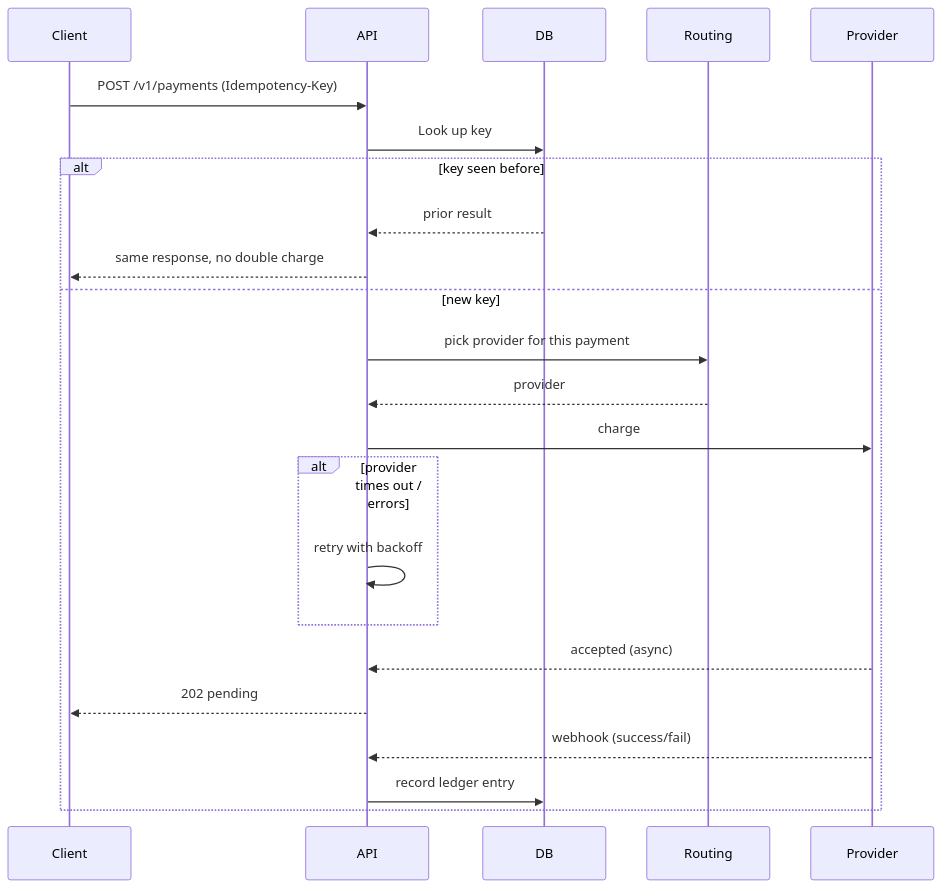
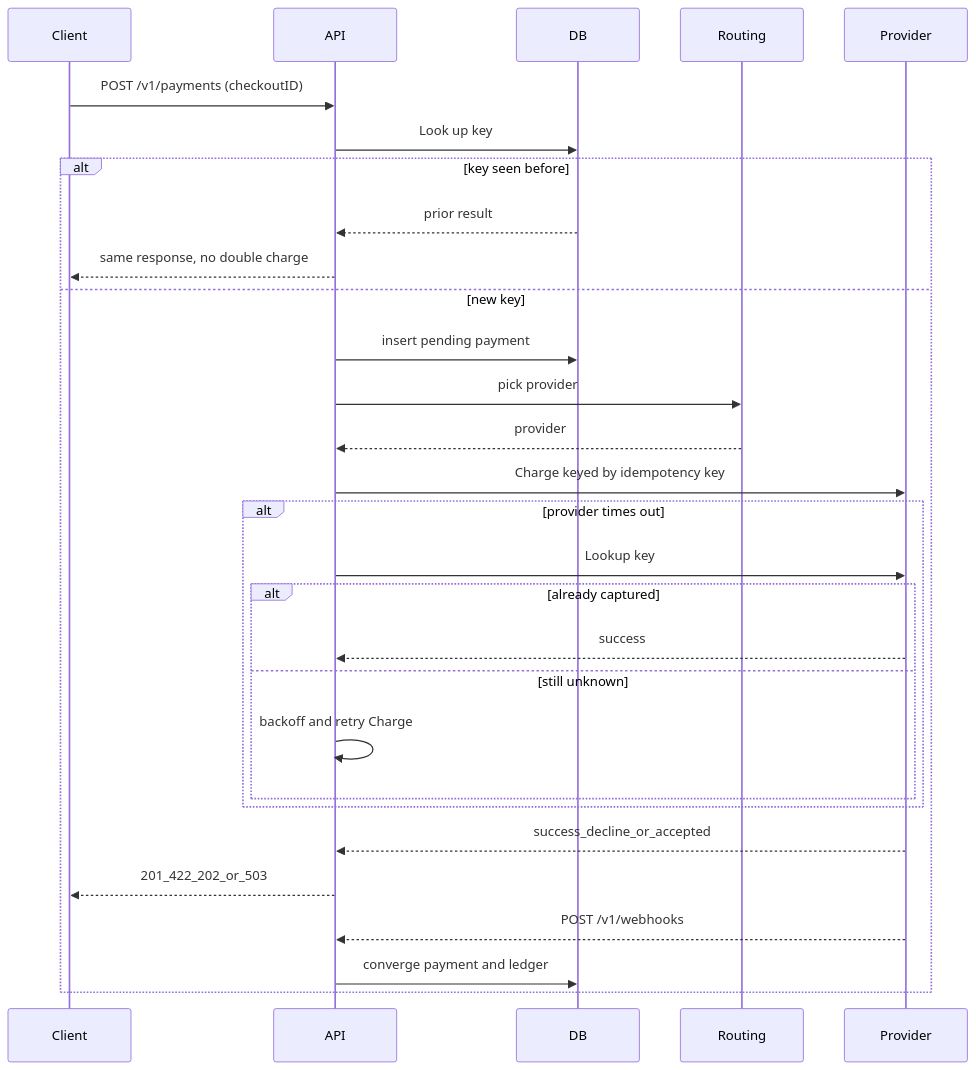
Before and after one commit to insignificantGuy/fastPay: the diagram in README.md, drawn with Mermaid. The commit also changed other lines of this file and 15 other files, not shown here.

Commit message:
Added idempotency key

````diff
--- a/README.md
+++ b/README.md
@@ -173,20 +199,26 @@
 ```mermaid
 sequenceDiagram
-    Client->>API: POST /v1/payments (Idempotency-Key)
+    Client->>API: POST /v1/payments (checkoutID)
     API->>DB: Look up key
     alt key seen before
         DB-->>API: prior result
         API-->>Client: same response, no double charge
     else new key
-        API->>Routing: pick provider for this payment
+        API->>DB: insert pending payment
+        API->>Routing: pick provider
         Routing-->>API: provider
-        API->>Provider: charge
-        alt provider times out / errors
-            API->>API: retry with backoff
+        API->>Provider: Charge keyed by idempotency key
+        alt provider times out
+            API->>Provider: Lookup key
+            alt already captured
+                Provider-->>API: success
+            else still unknown
+                API->>API: backoff and retry Charge
+            end
         end
-        Provider-->>API: accepted (async)
-        API-->>Client: 202 pending
-        Provider-->>API: webhook (success/fail)
-        API->>DB: record ledger entry
+        Provider-->>API: success_decline_or_accepted
+        API-->>Client: 201_422_202_or_503
+        Provider-->>API: POST /v1/webhooks
+        API->>DB: converge payment and ledger
     end
 ```
````
